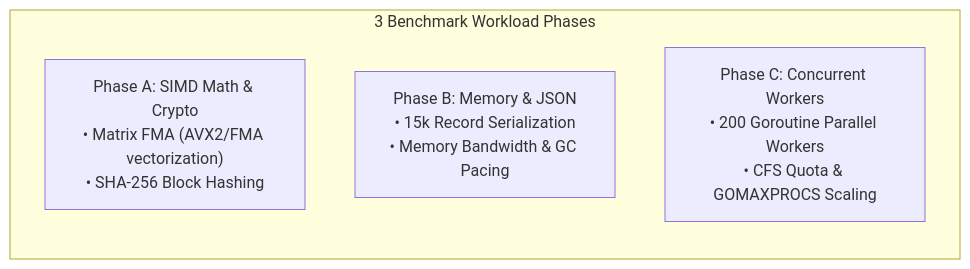
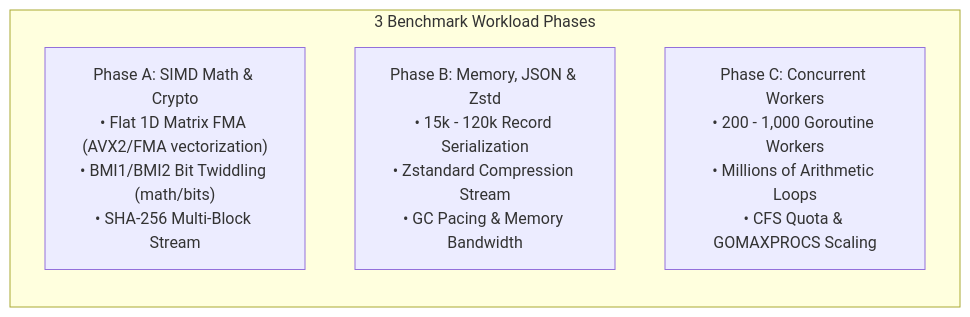
Before and after one commit to EpicBlackWolfZ/microfat: the diagram in examples/demo/README.md, drawn with Mermaid. The commit also changed other lines of this file and 6 other files, not shown here.

````diff
--- a/examples/demo/README.md
+++ b/examples/demo/README.md
@@ -11,8 +11,8 @@
 ```mermaid
 flowchart LR
     subgraph Workload ["3 Benchmark Workload Phases"]
-        A["Phase A: SIMD Math & Crypto<br>• Matrix FMA (AVX2/FMA vectorization)<br>• SHA-256 Block Hashing"]
-        B["Phase B: Memory & JSON<br>• 15k Record Serialization<br>• Memory Bandwidth & GC Pacing"]
-        C["Phase C: Concurrent Workers<br>• 200 Goroutine Parallel Workers<br>• CFS Quota & GOMAXPROCS Scaling"]
+        A["Phase A: SIMD Math & Crypto<br>• Flat 1D Matrix FMA (AVX2/FMA vectorization)<br>• BMI1/BMI2 Bit Twiddling (math/bits)<br>• SHA-256 Multi-Block Stream"]
+        B["Phase B: Memory, JSON & Zstd<br>• 15k - 120k Record Serialization<br>• Zstandard Compression Stream<br>• GC Pacing & Memory Bandwidth"]
+        C["Phase C: Concurrent Workers<br>• 200 - 1,000 Goroutine Workers<br>• Millions of Arithmetic Loops<br>• CFS Quota & GOMAXPROCS Scaling"]
     end
 ```
````
